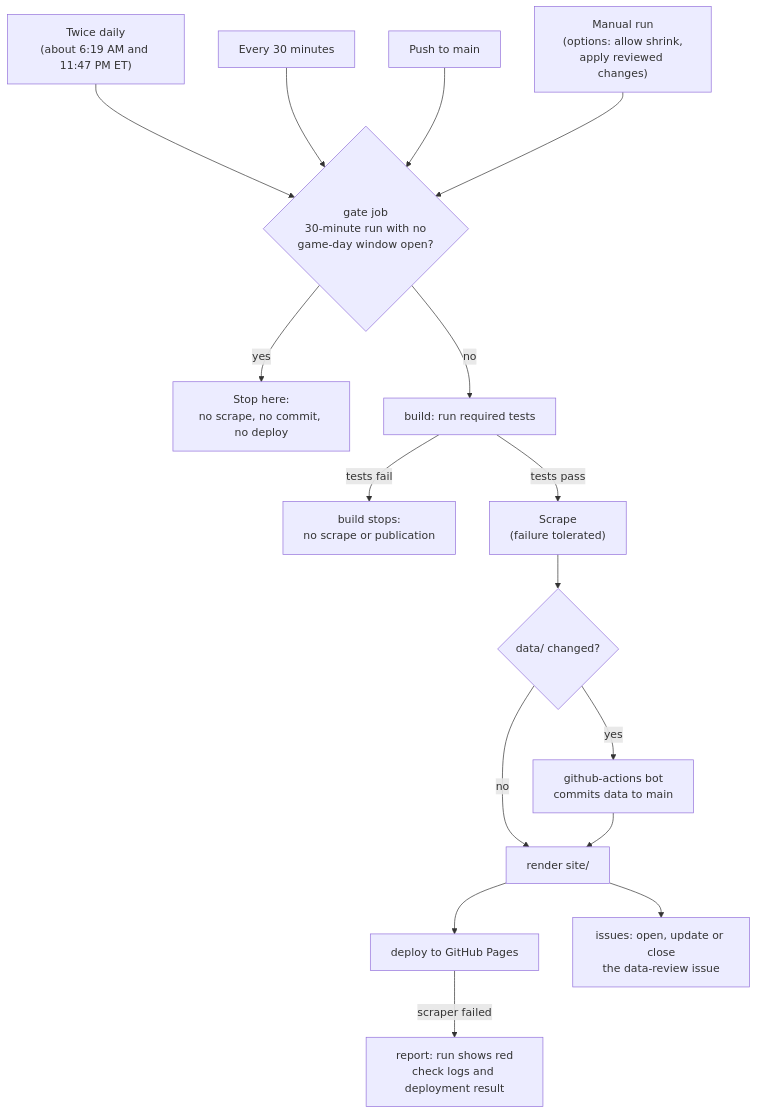
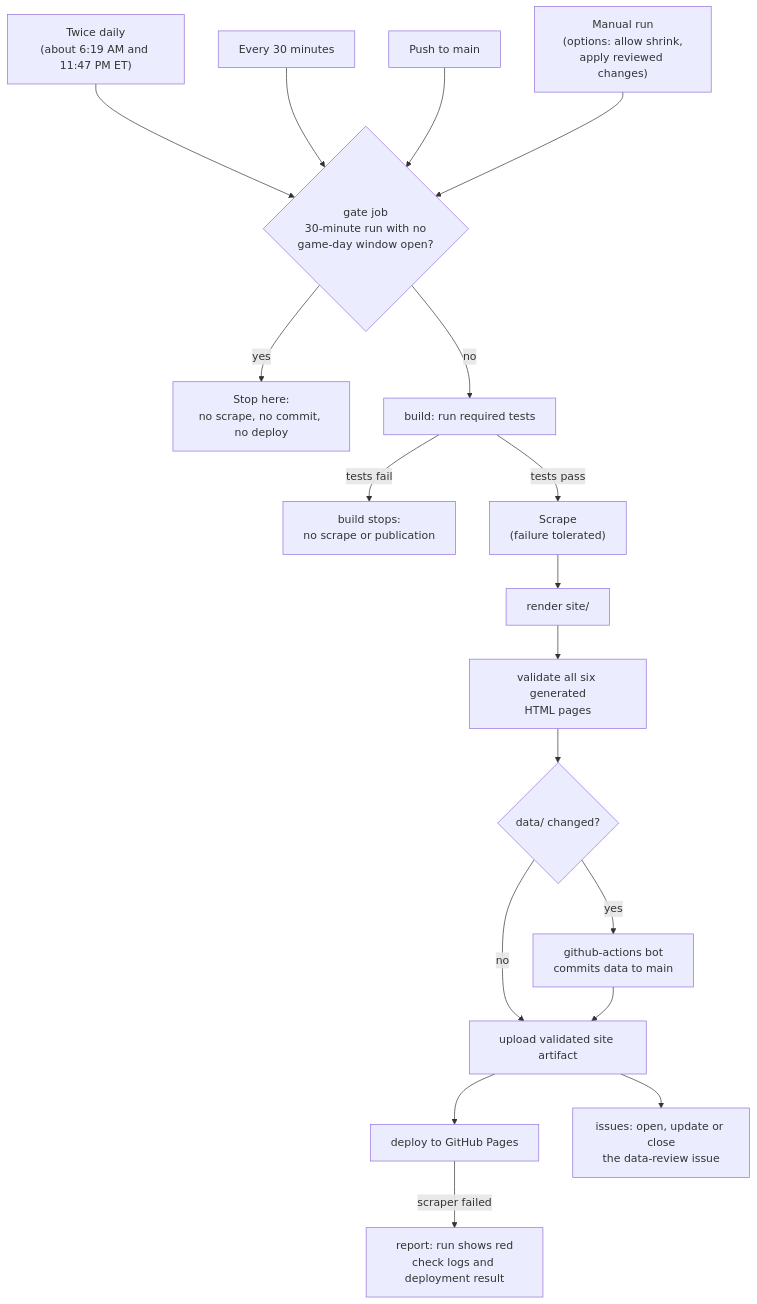
One commit to Haynesmodel/DePauw-vs-Wabash-web changed the second of 3 diagrams in README.md. Above: the diagram before and after it, drawn with Mermaid. The commit also changed other lines of this file and 1 other file, not shown here.

Commit message:
fix: validate generated site before data commit

````diff
--- a/README.md
+++ b/README.md
@@ -175,19 +175,21 @@
 ```mermaid
 flowchart TD
   T1["Twice daily<br/>(about 6:19 AM and 11:47 PM ET)"] --> G
   T2["Every 30 minutes"] --> G
   T3["Push to main"] --> G
   T4["Manual run<br/>(options: allow shrink,<br/>apply reviewed changes)"] --> G
   G{"gate job<br/>30-minute run with no<br/>game-day window open?"}
   G -- "yes" --> X["Stop here:<br/>no scrape, no commit, no deploy"]
   G -- "no" --> B["build: run required tests"]
   B -- "tests fail" --> TF["build stops:<br/>no scrape or publication"]
   B -- "tests pass" --> S["Scrape<br/>(failure tolerated)"]
-  S --> C{"data/ changed?"}
+  S --> R["render site/"]
+  R --> V["validate all six generated<br/>HTML pages"]
+  V --> C{"data/ changed?"}
   C -- "yes" --> CM["github-actions bot<br/>commits data to main"]
-  C -- "no" --> RD
-  CM --> RD["render site/"]
-  RD --> D["deploy to GitHub Pages"]
-  RD --> IS["issues: open, update or close<br/>the data-review issue"]
+  C -- "no" --> U
+  CM --> U["upload validated site artifact"]
+  U --> D["deploy to GitHub Pages"]
+  U --> IS["issues: open, update or close<br/>the data-review issue"]
   D -- "scraper failed" --> RP["report: run shows red<br/>check logs and deployment result"]
 ```
````
